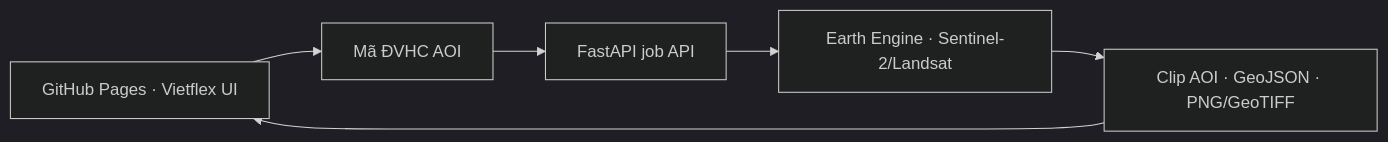
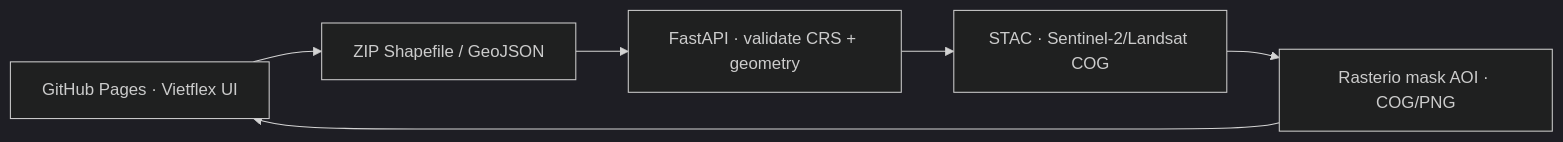
The diagram in README.md (Vietflexmap/giamsat), drawn with Mermaid (dark theme) before and after one commit. The commit also changed other lines of this file, not shown here.

Commit message:
docs(clip): document Shapefile and STAC workflow

````diff
--- a/README.md
+++ b/README.md
@@ -16,8 +16,8 @@
 ```mermaid
 flowchart LR
-  A[GitHub Pages · Vietflex UI] --> B[Mã ĐVHC AOI]
-  B --> C[FastAPI job API]
-  C --> D[Earth Engine · Sentinel-2/Landsat]
-  D --> E[Clip AOI · GeoJSON · PNG/GeoTIFF]
+  A[GitHub Pages · Vietflex UI] --> B[ZIP Shapefile / GeoJSON]
+  B --> C[FastAPI · validate CRS + geometry]
+  C --> D[STAC · Sentinel-2/Landsat COG]
+  D --> E[Rasterio mask AOI · COG/PNG]
   E --> A
 ```
````
